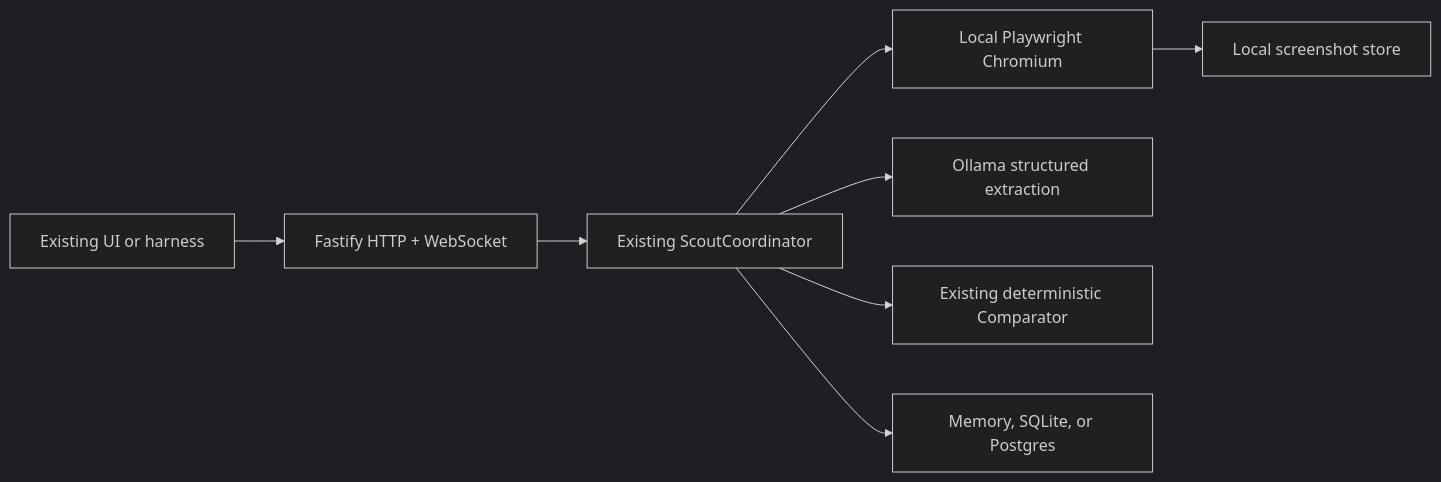
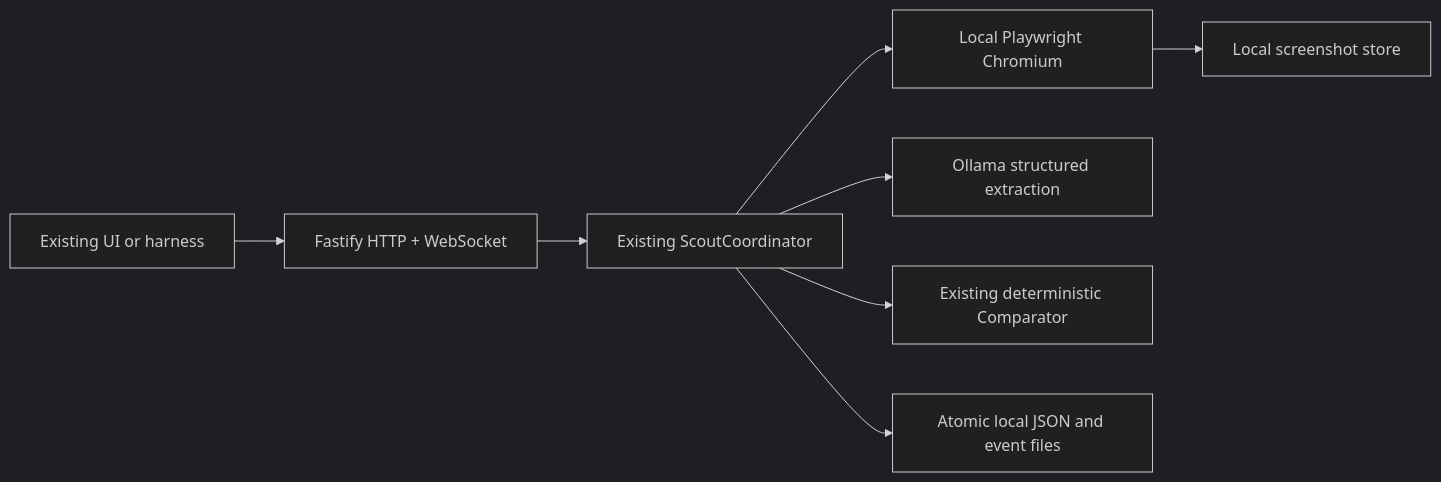
The second of 2 diagrams in README.md (itsbrandonaw/straitsxhackathonworkflowagent), drawn with Mermaid (dark theme) before and after one commit. The commit also changed other lines of this file and 39 other files, not shown here.

````diff
--- a/README.md
+++ b/README.md
@@ -540,10 +610,10 @@
 ```mermaid
 flowchart LR
   UI["Existing UI or harness"] --> API["Fastify HTTP + WebSocket"]
   API --> COORD["Existing ScoutCoordinator"]
   COORD --> LPW["Local Playwright Chromium"]
   COORD --> MODEL["Ollama structured extraction"]
   COORD --> CMP["Existing deterministic Comparator"]
-  COORD --> STATE["Memory, SQLite, or Postgres"]
+  COORD --> STATE["Atomic local JSON and event files"]
   LPW --> SHOTS["Local screenshot store"]
 ```
````
